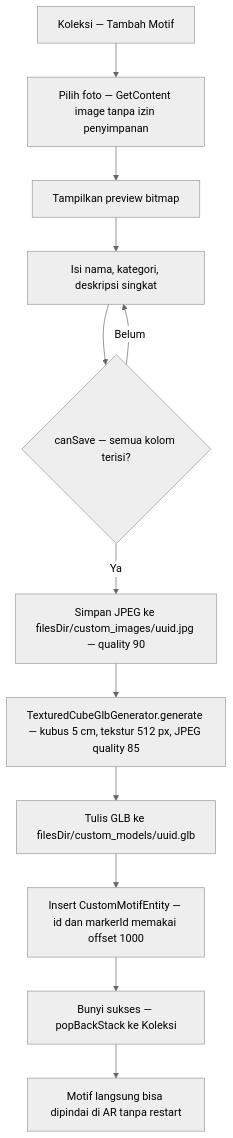
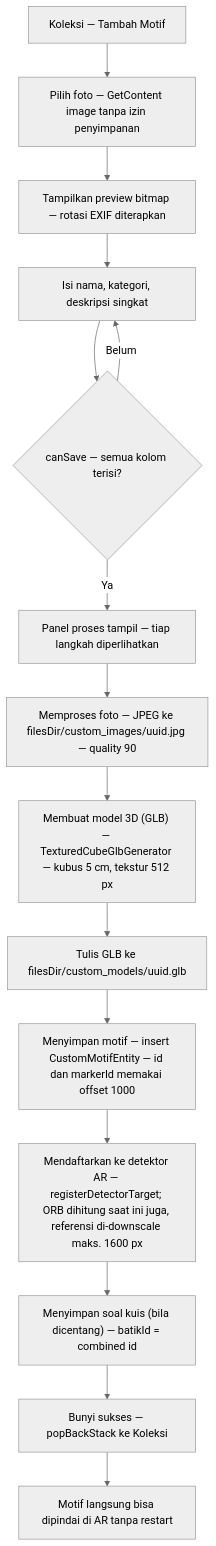
One commit to JailaniGans/Jelajah-batik-jambi-AR changed the fifth of 8 diagrams in README.md. Above: the diagram before and after it, drawn with Mermaid (neutral theme). The commit also changed other lines of this file and 20 other files, not shown here.

First line of the commit message:
v1.4.2: kelola motif, progress upload, deteksi AR, fix kubus hitam + migrasi GLB

````diff
--- a/README.md
+++ b/README.md
@@ -272,14 +272,17 @@
 ```mermaid
 flowchart TD
     A["Koleksi — Tambah Motif"] --> B["Pilih foto — GetContent image tanpa izin penyimpanan"]
-    B --> PREV["Tampilkan preview bitmap"]
+    B --> PREV["Tampilkan preview bitmap — rotasi EXIF diterapkan"]
     PREV --> FORM["Isi nama, kategori, deskripsi singkat"]
     FORM --> CAN{"canSave — semua kolom terisi?"}
     CAN -->|Belum| FORM
-    CAN -->|Ya| IMG["Simpan JPEG ke filesDir/custom_images/uuid.jpg — quality 90"]
-    IMG --> GLB["TexturedCubeGlbGenerator.generate — kubus 5 cm, tekstur 512 px, JPEG quality 85"]
+    CAN -->|Ya| PANEL["Panel proses tampil — tiap langkah diperlihatkan"]
+    PANEL --> IMG["Memproses foto — JPEG ke filesDir/custom_images/uuid.jpg — quality 90"]
+    IMG --> GLB["Membuat model 3D (GLB) — TexturedCubeGlbGenerator — kubus 5 cm, tekstur 512 px"]
     GLB --> MDL["Tulis GLB ke filesDir/custom_models/uuid.glb"]
-    MDL --> DB["Insert CustomMotifEntity — id dan markerId memakai offset 1000"]
-    DB --> DONE["Bunyi sukses — popBackStack ke Koleksi"]
+    MDL --> DB["Menyimpan motif — insert CustomMotifEntity — id dan markerId memakai offset 1000"]
+    DB --> REG["Mendaftarkan ke detektor AR — registerDetectorTarget; ORB dihitung saat ini juga, referensi di-downscale maks. 1600 px"]
+    REG --> Q["Menyimpan soal kuis (bila dicentang) — batikId = combined id"]
+    Q --> DONE["Bunyi sukses — popBackStack ke Koleksi"]
     DONE --> AR["Motif langsung bisa dipindai di AR tanpa restart"]
 ```
````
